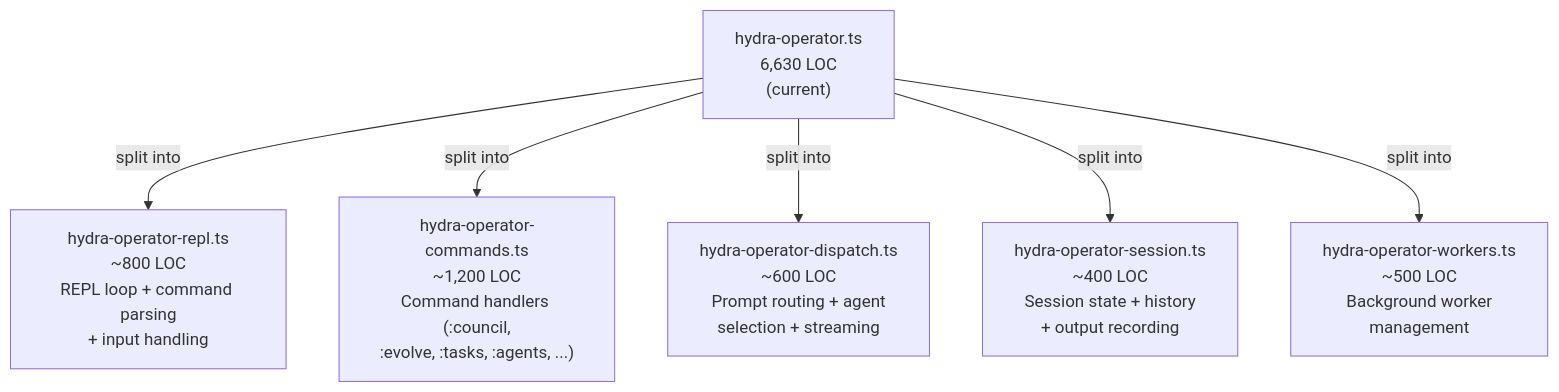
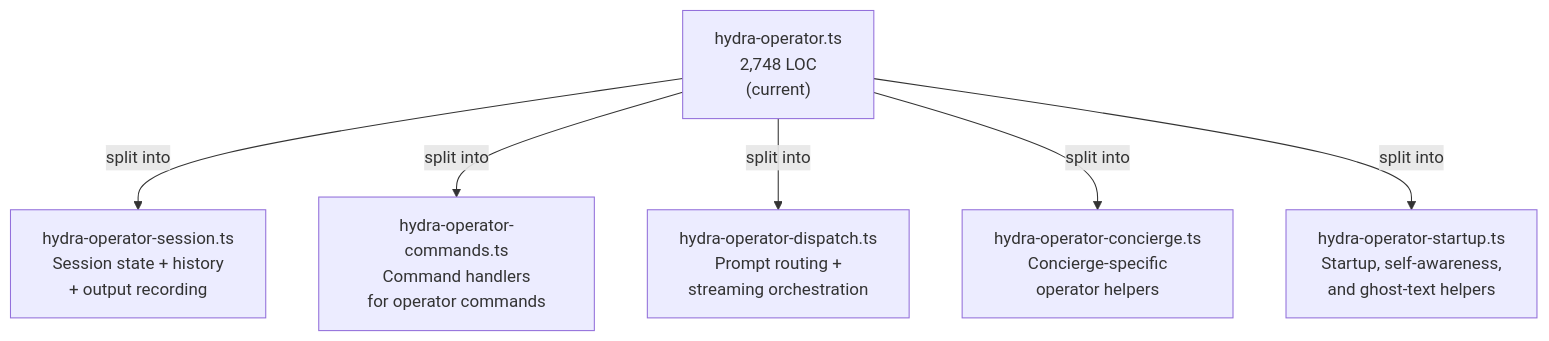
Before and after one commit to mikecubed/Hydra: the third of 5 diagrams in docs/REFACTORING_ROADMAP.md, drawn with Mermaid. The commit also changed other lines of this file and 1 other file, not shown here.

Commit message:
docs: update roadmap and task breakdown to reflect completed work (#110)

````diff
--- a/docs/REFACTORING_ROADMAP.md
+++ b/docs/REFACTORING_ROADMAP.md
@@ -390,16 +413,16 @@
 ```mermaid
 graph TD
-  OLD["hydra-operator.ts<br/>6,630 LOC<br/>(current)"]
+  OLD["hydra-operator.ts<br/>2,748 LOC<br/>(current)"]
 
-  NEW1["hydra-operator-repl.ts<br/>~800 LOC<br/>REPL loop + command parsing<br/>+ input handling"]
-  NEW2["hydra-operator-commands.ts<br/>~1,200 LOC<br/>Command handlers (:council,<br/>:evolve, :tasks, :agents, ...)"]
-  NEW3["hydra-operator-dispatch.ts<br/>~600 LOC<br/>Prompt routing + agent<br/>selection + streaming"]
-  NEW4["hydra-operator-session.ts<br/>~400 LOC<br/>Session state + history<br/>+ output recording"]
-  NEW5["hydra-operator-workers.ts<br/>~500 LOC<br/>Background worker<br/>management"]
+  NEW1["hydra-operator-session.ts<br/>Session state + history<br/>+ output recording"]
+  NEW2["hydra-operator-commands.ts<br/>Command handlers<br/>for operator commands"]
+  NEW3["hydra-operator-dispatch.ts<br/>Prompt routing +<br/>streaming orchestration"]
+  NEW4["hydra-operator-concierge.ts<br/>Concierge-specific<br/>operator helpers"]
+  NEW5["hydra-operator-startup.ts<br/>Startup, self-awareness,<br/>and ghost-text helpers"]
 
   OLD -->|"split into"| NEW1
   OLD -->|"split into"| NEW2
   OLD -->|"split into"| NEW3
   OLD -->|"split into"| NEW4
   OLD -->|"split into"| NEW5
 ```
````
